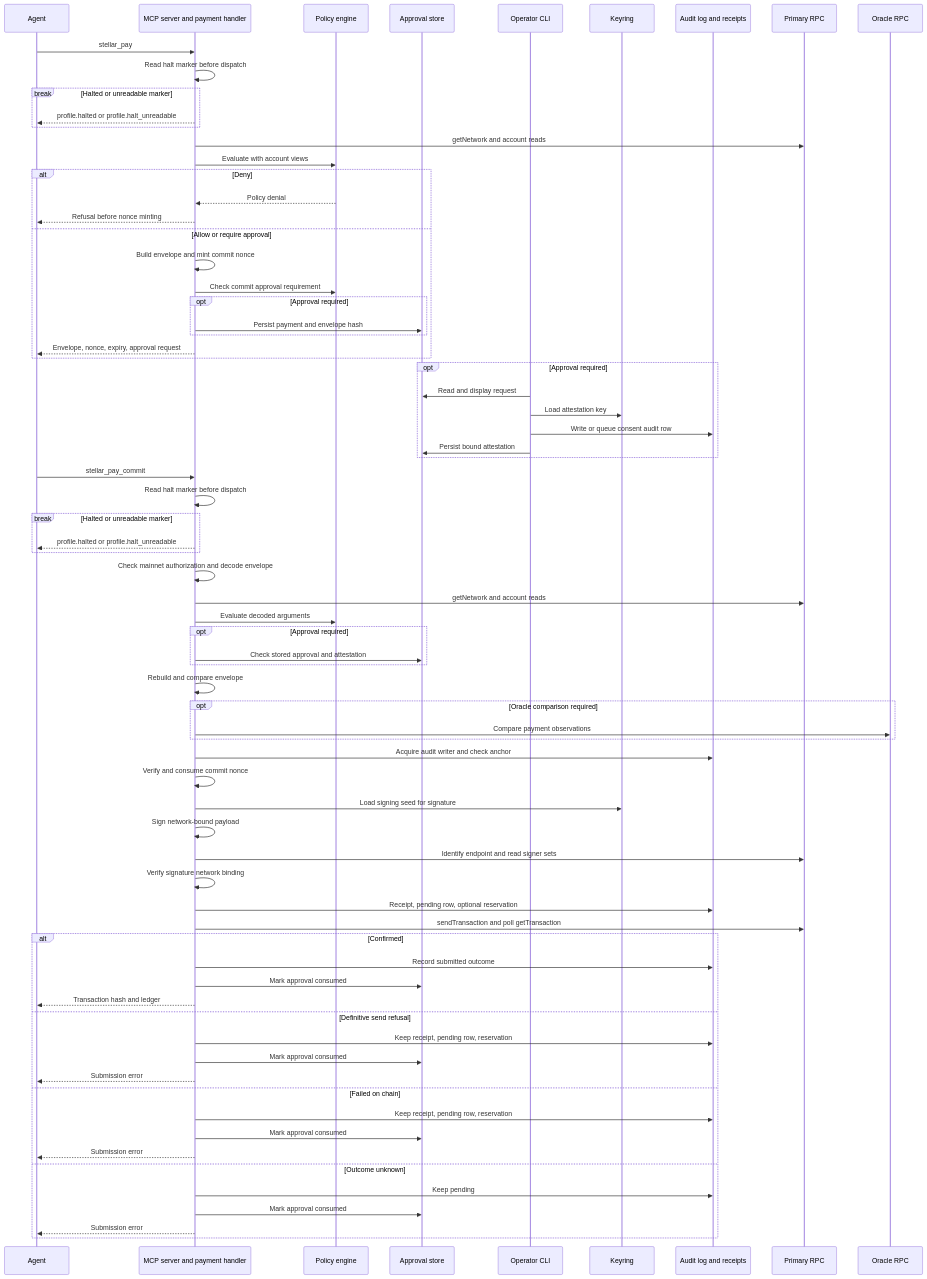
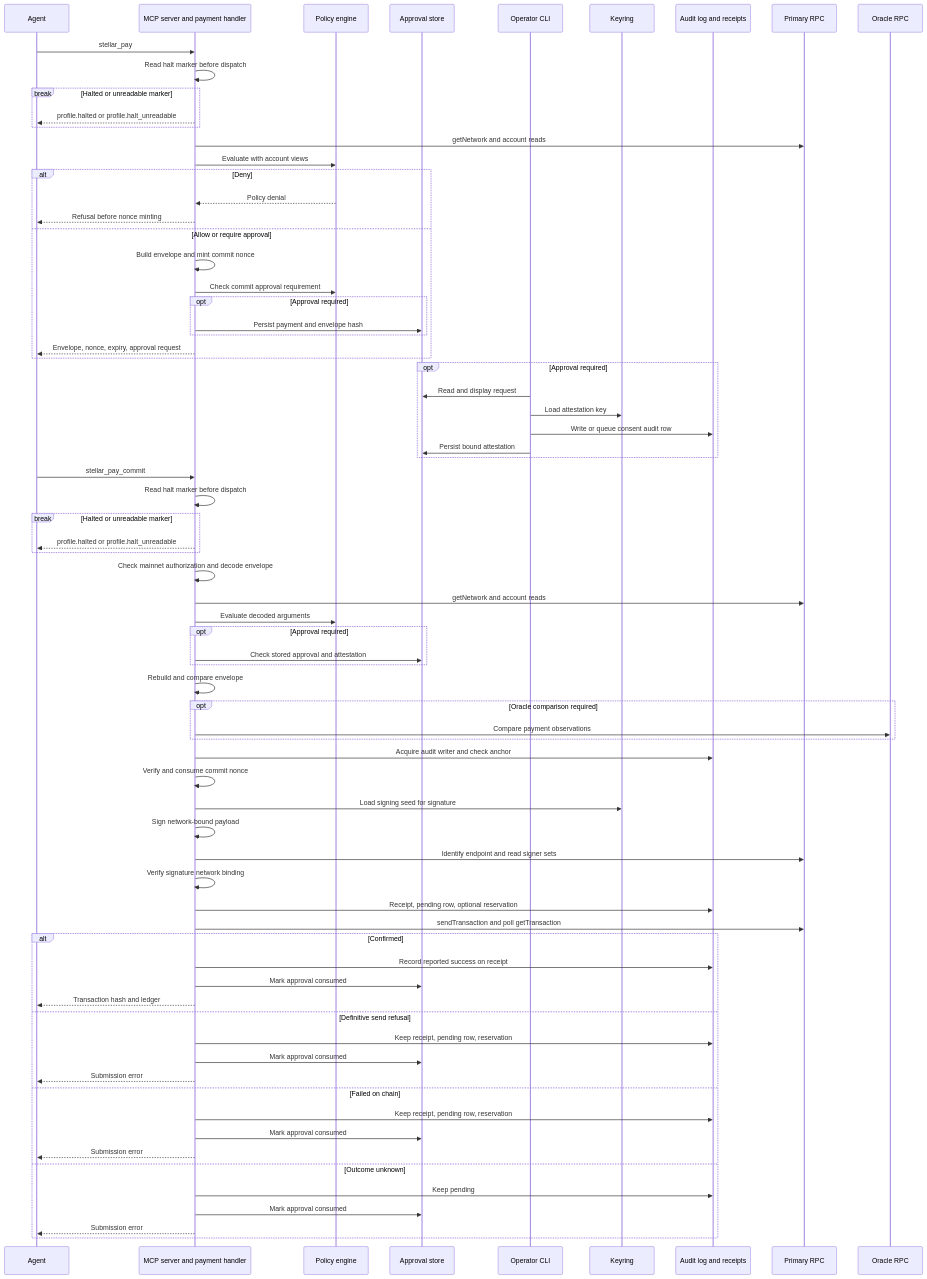
Before and after one commit to Soneso/stellar-agent-wallet: the second of 3 diagrams in docs/architecture.md, drawn with Mermaid. The commit also changed other lines of this file and 27 other files, not shown here.

````diff
--- a/docs/architecture.md
+++ b/docs/architecture.md
@@ -98,76 +98,76 @@
 ```mermaid
 sequenceDiagram
   participant A as Agent
   participant M as MCP server and payment handler
   participant P as Policy engine
   participant S as Approval store
   participant O as Operator CLI
   participant K as Keyring
   participant L as Audit log and receipts
   participant R as Primary RPC
   participant W as Oracle RPC
   A->>M: stellar_pay
   M->>M: Read halt marker before dispatch
   break Halted or unreadable marker
     M-->>A: profile.halted or profile.halt_unreadable
   end
   M->>R: getNetwork and account reads
   M->>P: Evaluate with account views
   alt Deny
     P-->>M: Policy denial
     M-->>A: Refusal before nonce minting
   else Allow or require approval
     M->>M: Build envelope and mint commit nonce
     M->>P: Check commit approval requirement
     opt Approval required
       M->>S: Persist payment and envelope hash
     end
     M-->>A: Envelope, nonce, expiry, approval request
   end
   opt Approval required
     O->>S: Read and display request
     O->>K: Load attestation key
     O->>L: Write or queue consent audit row
     O->>S: Persist bound attestation
   end
   A->>M: stellar_pay_commit
   M->>M: Read halt marker before dispatch
   break Halted or unreadable marker
     M-->>A: profile.halted or profile.halt_unreadable
   end
   M->>M: Check mainnet authorization and decode envelope
   M->>R: getNetwork and account reads
   M->>P: Evaluate decoded arguments
   opt Approval required
     M->>S: Check stored approval and attestation
   end
   M->>M: Rebuild and compare envelope
   opt Oracle comparison required
     M->>W: Compare payment observations
   end
   M->>L: Acquire audit writer and check anchor
   M->>M: Verify and consume commit nonce
   M->>K: Load signing seed for signature
   M->>M: Sign network-bound payload
   M->>R: Identify endpoint and read signer sets
   M->>M: Verify signature network binding
   M->>L: Receipt, pending row, optional reservation
   M->>R: sendTransaction and poll getTransaction
   alt Confirmed
-    M->>L: Record submitted outcome
+    M->>L: Record reported success on receipt
     M->>S: Mark approval consumed
     M-->>A: Transaction hash and ledger
   else Definitive send refusal
     M->>L: Keep receipt, pending row, reservation
     M->>S: Mark approval consumed
     M-->>A: Submission error
   else Failed on chain
     M->>L: Keep receipt, pending row, reservation
     M->>S: Mark approval consumed
     M-->>A: Submission error
   else Outcome unknown
     M->>L: Keep pending
     M->>S: Mark approval consumed
     M-->>A: Submission error
   end
 ```
````
